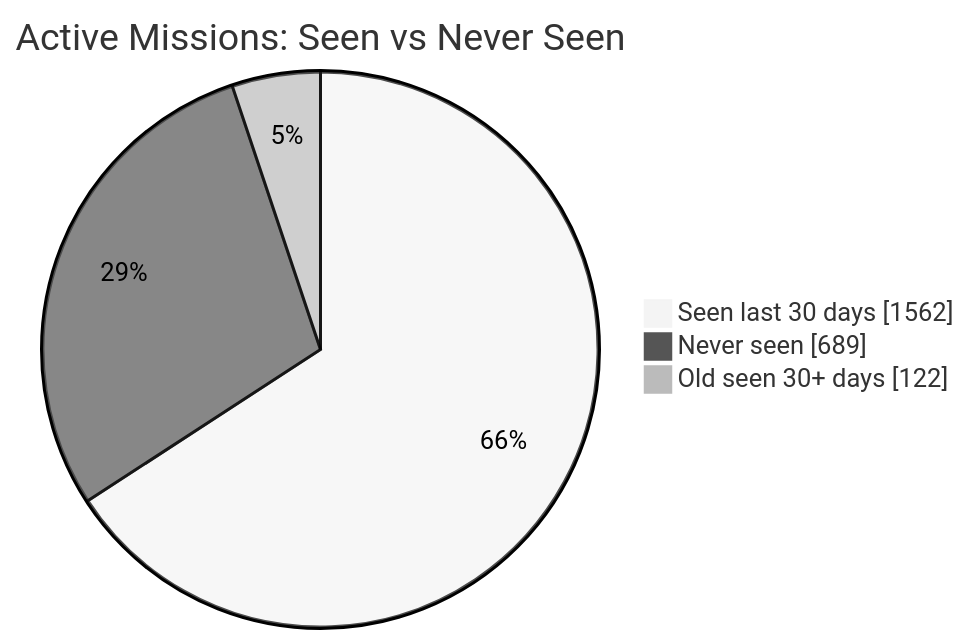
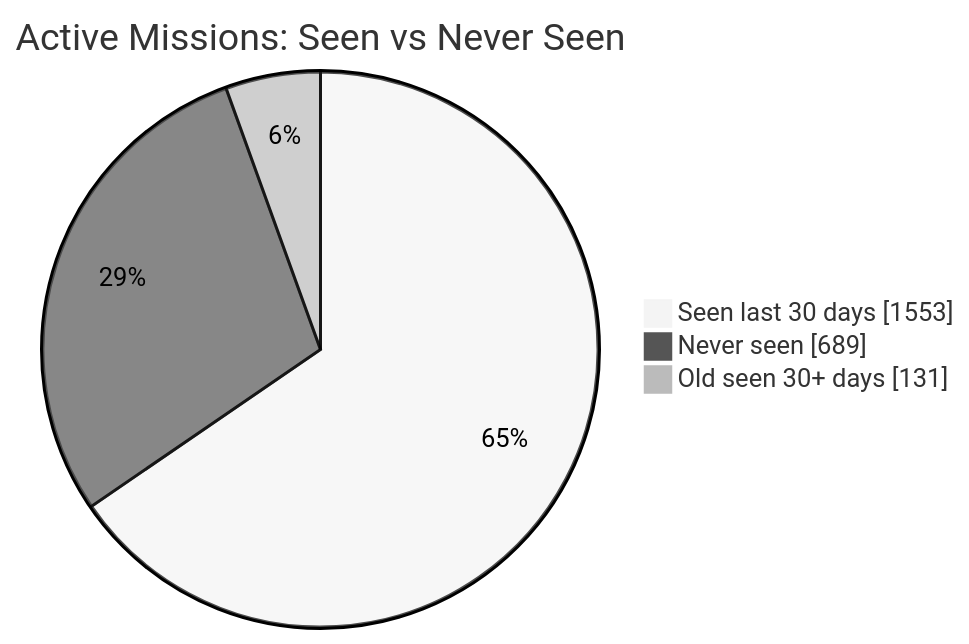
The first of 2 diagrams in README.md (MeldkamerspelGameTeam/active-missions), drawn with Mermaid (neutral theme) before and after one commit. The commit also changed other lines of this file and 2 other files, not shown here.

````diff
--- a/README.md
+++ b/README.md
@@ -34,7 +34,7 @@
 ```mermaid
 pie showData
     title Active Missions: Seen vs Never Seen
-    "Seen last 30 days" : 1562
+    "Seen last 30 days" : 1553
     "Never seen" : 689
-    "Old seen 30+ days" : 122
+    "Old seen 30+ days" : 131
 ```
````
